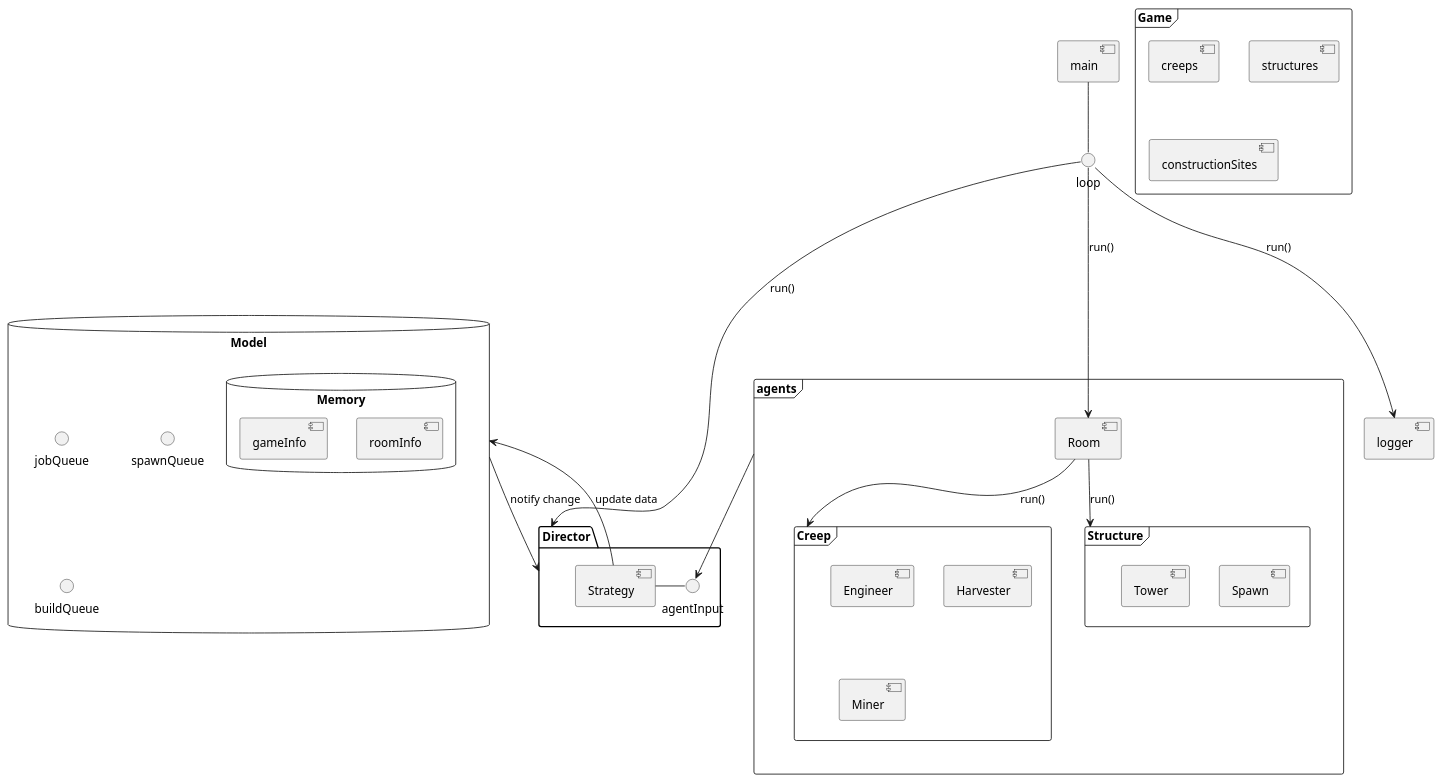
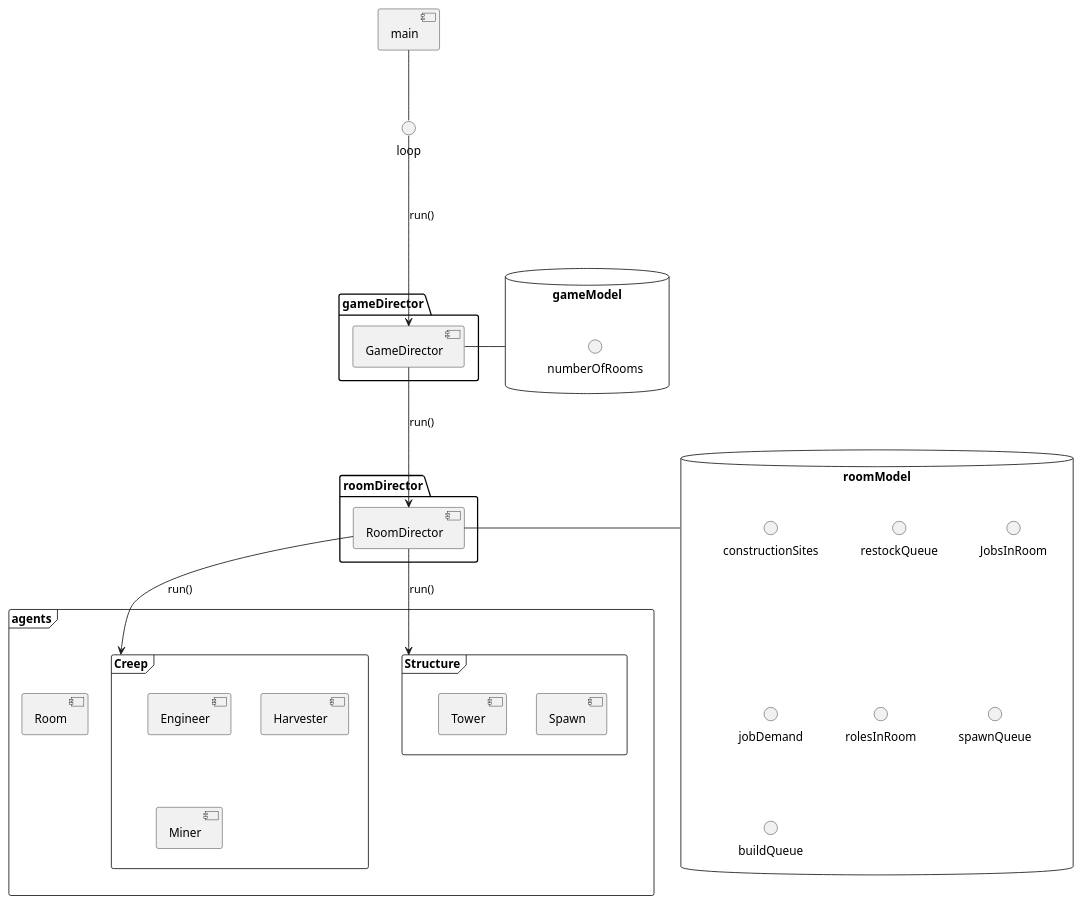
The diagram in Design & UML/ComponentAgents.puml (h0uter/screepsZilver), drawn with PlantUML before and after one commit. The commit also changed 16 other files, not shown here.

```diff
--- a/Design & UML/ComponentAgents.puml
+++ b/Design & UML/ComponentAgents.puml
@@ -1,53 +1,47 @@
-@startuml
-frame Game  {
- [creeps]
- [structures]
- [constructionSites]
-}
+@startuml ComponentAgents
 
 frame agents {
   frame Creep {
     [Engineer]
     [Harvester]
     [Miner]
   }
   frame Structure {
     [Spawn]
     [Tower]
   }
   [Room]
 }
 
-dataBase Model {
-  dataBase Memory {
-    [roomInfo]
-    [gameInfo]
-  }
-    () jobQueue
-    () spawnQueue
-    () buildQueue
+package gameDirector {
+  [GameDirector]
 }
-
-package Director {
+dataBase gameModel {
+  () numberOfRooms
+}
+GameDirector - gameModel
 
 
-  [Strategy]
-  () agentInput - [Strategy]
+package roomDirector {
+  [RoomDirector]
 }
+dataBase roomModel {
+  () constructionSites
+  () restockQueue
+  () JobsInRoom
+  () jobDemand
+  () rolesInRoom
+  () spawnQueue
+  () buildQueue
+}
+RoomDirector - roomModel
 
 [main] -- loop
-loop ---> Room : run()
-loop ---> [logger] : run()
-loop ---> Director: run()
+loop ---> GameDirector: run()
+GameDirector --> RoomDirector: run()
 
-Room --> Creep: run()
-Room --> Structure : run()
+RoomDirector --> Creep: run()
+RoomDirector --> Structure : run()
 
-[Strategy] --> Model  : update data
-Model --> Director : notify change
-
-' [logger] ..> Memory : read
-
-agents --> agentInput
 
 @enduml
```
